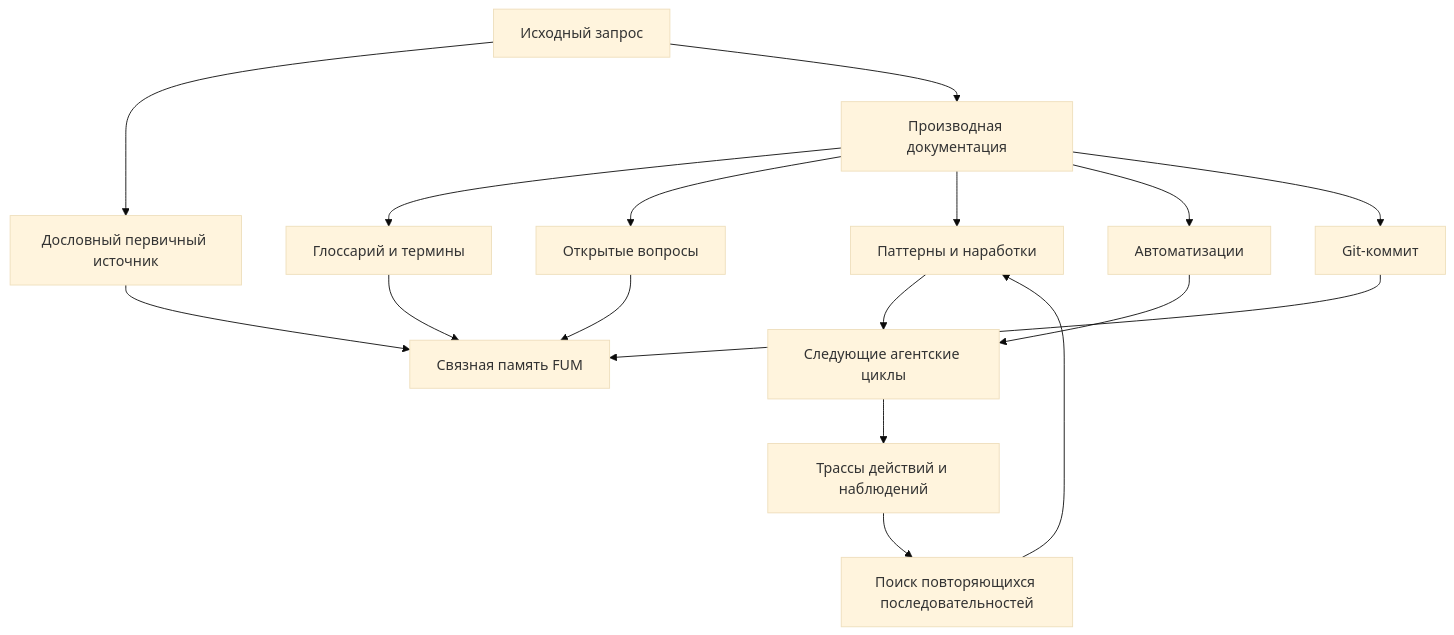
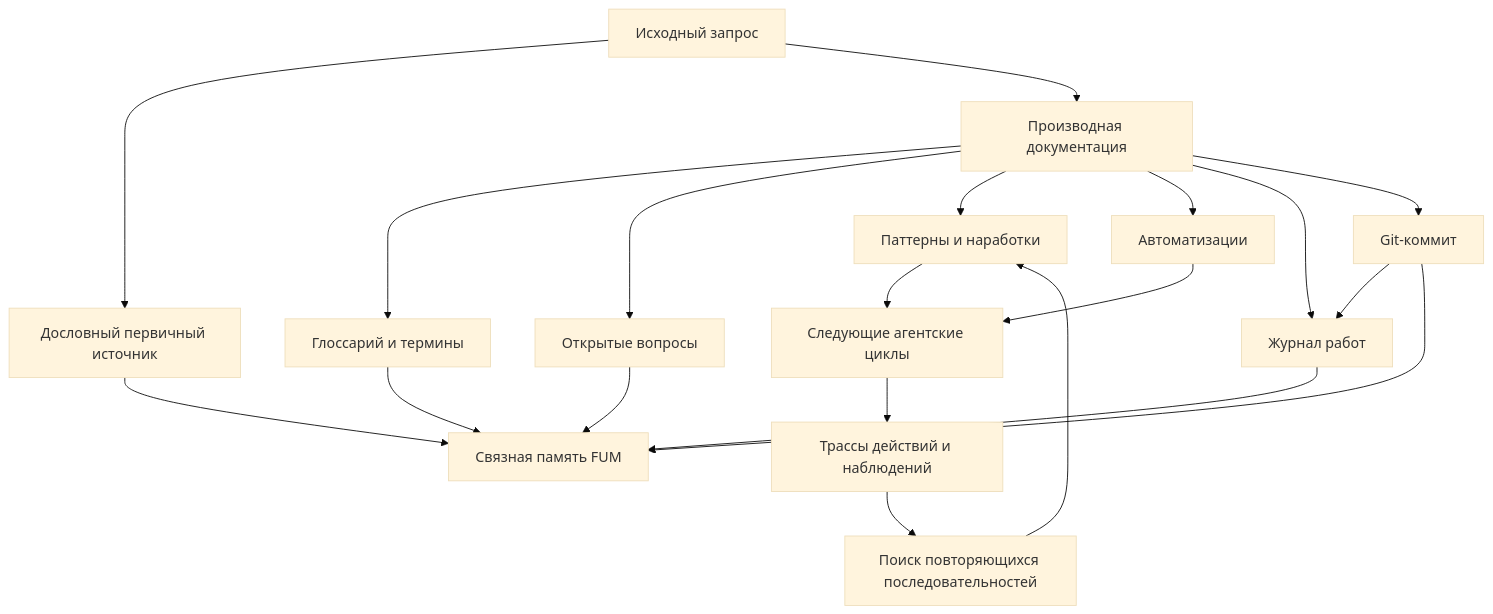
The diagram in Документация/01-модель-памяти-FUM.md (fum-lab/fum), drawn with Mermaid (base theme) before and after one commit. The commit also changed other lines of this file and 11 other files, not shown here.

First line of the commit message:
Добавить журнал работ

````diff
--- a/Документация/01-модель-памяти-FUM.md
+++ b/Документация/01-модель-памяти-FUM.md
@@ -35,19 +42,22 @@
 ```mermaid
 flowchart TD
     request["Исходный запрос"] --> raw["Дословный первичный источник"]
     request --> docs["Производная документация"]
     docs --> glossary["Глоссарий и термины"]
     docs --> questions["Открытые вопросы"]
     docs --> patterns["Паттерны и наработки"]
     docs --> automations["Автоматизации"]
+    docs --> journal["Журнал работ"]
     patterns --> cycles["Следующие агентские циклы"]
     automations --> cycles
     cycles --> traces["Трассы действий и наблюдений"]
     traces --> search["Поиск повторяющихся последовательностей"]
     search --> patterns
     docs --> commit["Git-коммит"]
+    commit --> journal
     raw --> memory["Связная память FUM"]
     glossary --> memory
     questions --> memory
+    journal --> memory
     commit --> memory
 ```
````
